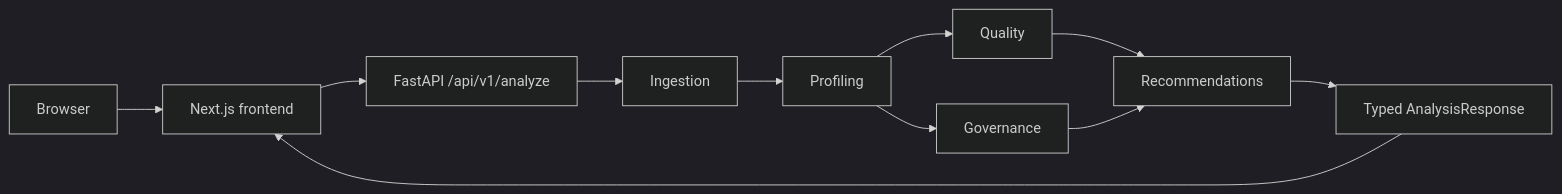
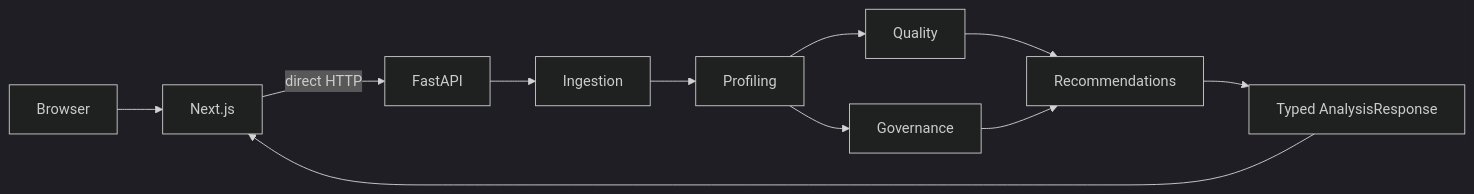
The diagram in docs/ARCHITECTURE.md (David-Simon-Soler/Data-Gobernance-Copilot), drawn with Mermaid (dark theme) before and after one commit. The commit also changed other lines of this file and 14 other files, not shown here.

````diff
--- a/docs/ARCHITECTURE.md
+++ b/docs/ARCHITECTURE.md
@@ -7,13 +7,13 @@
 ```mermaid
 flowchart LR
-  B[Browser] --> W[Next.js frontend]
-  W --> A[FastAPI /api/v1/analyze]
+  B[Browser] --> W[Next.js]
+  W -->|direct HTTP| A[FastAPI]
   A --> I[Ingestion]
   I --> P[Profiling]
   P --> Q[Quality]
   P --> G[Governance]
   Q --> R[Recommendations]
   G --> R
   R --> T[Typed AnalysisResponse]
   T --> W
 ```
````
